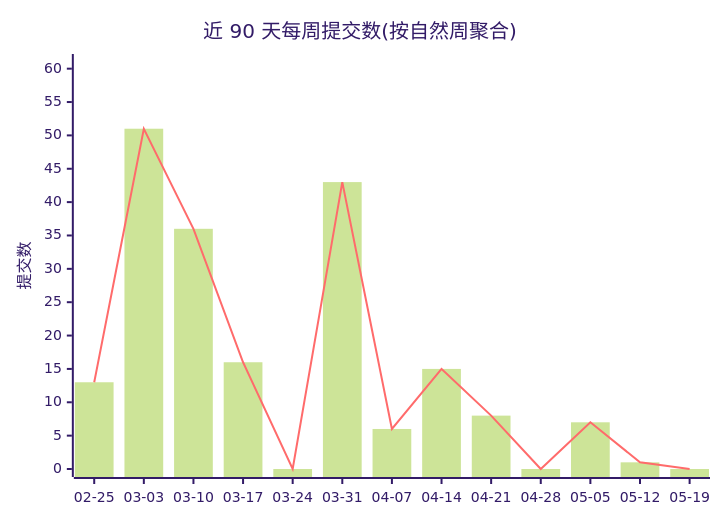
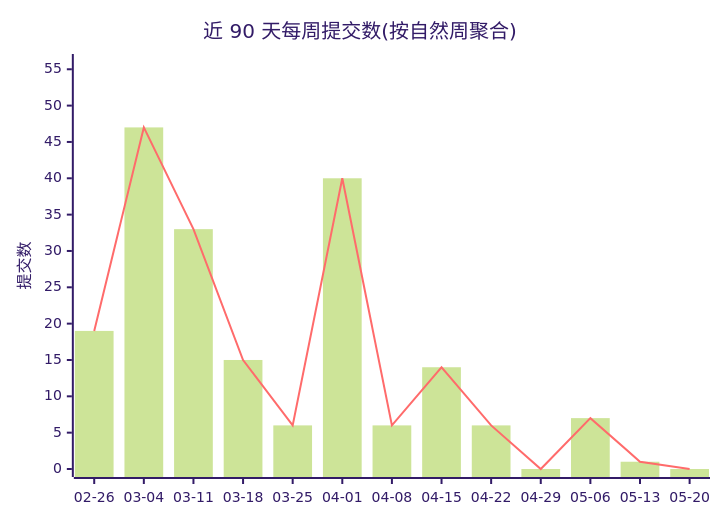
Before and after one commit to Conflux-Union/.github: the first of 2 diagrams in profile/README.md, drawn with Mermaid (forest theme). The commit also changed other lines of this file and 1 other file, not shown here.

````diff
--- a/profile/README.md
+++ b/profile/README.md
@@ -44,8 +44,8 @@
 ```mermaid
 xychart-beta
     title "近 90 天每周提交数(按自然周聚合)"
-    x-axis ["02-25", "03-03", "03-10", "03-17", "03-24", "03-31", "04-07", "04-14", "04-21", "04-28", "05-05", "05-12", "05-19"]
-    y-axis "提交数" 0 --> 61
-    bar [13, 51, 36, 16, 0, 43, 6, 15, 8, 0, 7, 1, 0]
-    line [13, 51, 36, 16, 0, 43, 6, 15, 8, 0, 7, 1, 0]
+    x-axis ["02-26", "03-04", "03-11", "03-18", "03-25", "04-01", "04-08", "04-15", "04-22", "04-29", "05-06", "05-13", "05-20"]
+    y-axis "提交数" 0 --> 56
+    bar [19, 47, 33, 15, 6, 40, 6, 14, 6, 0, 7, 1, 0]
+    line [19, 47, 33, 15, 6, 40, 6, 14, 6, 0, 7, 1, 0]
 ```
````
